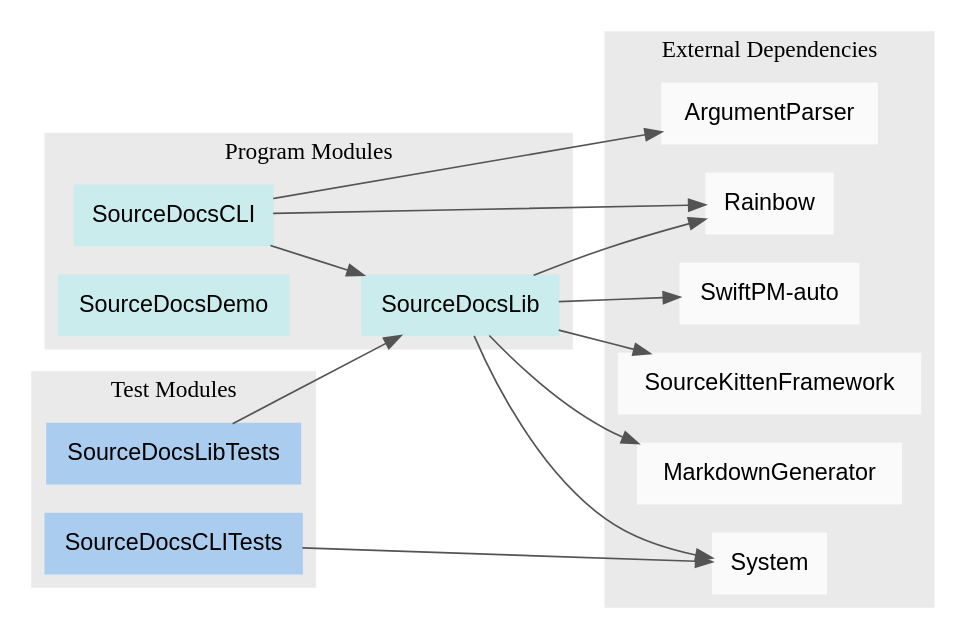
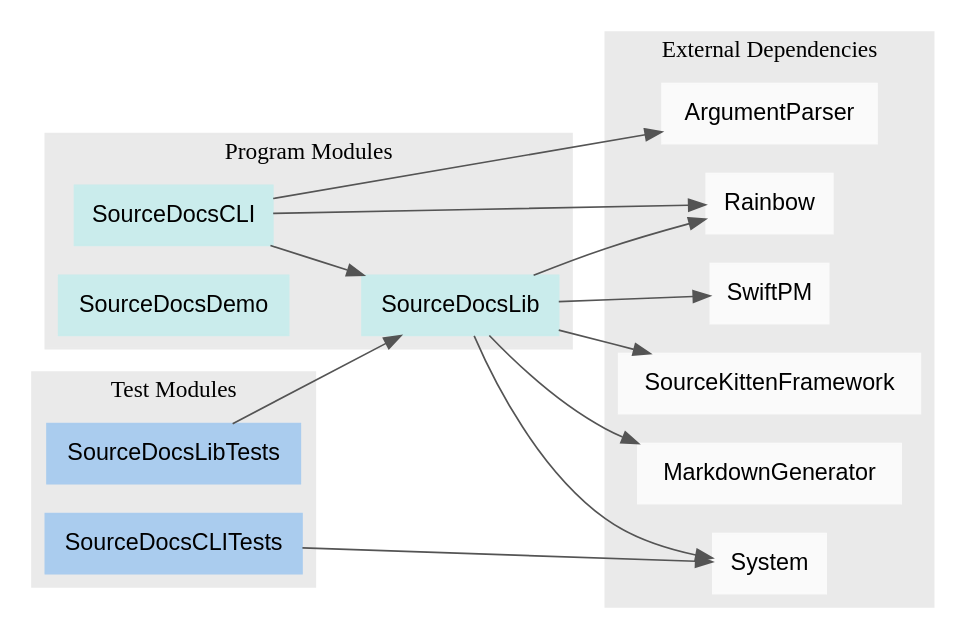
One commit to SourceDocs/SourceDocs changed the diagram in PackageModules.dot. Above: the diagram before and after it, drawn with Graphviz. The commit also changed 10 other files, not shown here.

```diff
--- a/PackageModules.dot
+++ b/PackageModules.dot
@@ -1,41 +1,41 @@
 digraph ModuleDependencyGraph {
     rankdir = LR
     graph [fontname="Helvetica-light", style = filled, color = "#eaeaea"]
     node [shape=box, fontname="Helvetica", style=filled]
     edge [color="#545454"]
 
     subgraph clusterRegular {
     label = "Program Modules"
     node [color="#caecec"]
     "SourceDocsCLI"
     "SourceDocsLib"
     "SourceDocsDemo"
 }
     subgraph clusterTest {
     label = "Test Modules"
     node [color="#aaccee"]
     "SourceDocsCLITests"
     "SourceDocsLibTests"
 }
     subgraph clusterExternal {
     label = "External Dependencies"
     node [color="#fafafa"]
     "ArgumentParser"
     "MarkdownGenerator"
     "Rainbow"
     "SourceKittenFramework"
-    "SwiftPM-auto"
+    "SwiftPM"
     "System"
 }
 
     "SourceDocsCLI" -> "ArgumentParser"
     "SourceDocsCLI" -> "SourceDocsLib"
     "SourceDocsCLI" -> "Rainbow"
     "SourceDocsLib" -> "SourceKittenFramework"
-    "SourceDocsLib" -> "SwiftPM-auto"
+    "SourceDocsLib" -> "SwiftPM"
     "SourceDocsLib" -> "MarkdownGenerator"
     "SourceDocsLib" -> "Rainbow"
     "SourceDocsLib" -> "System"
     "SourceDocsCLITests" -> "System"
     "SourceDocsLibTests" -> "SourceDocsLib"
 }
```
